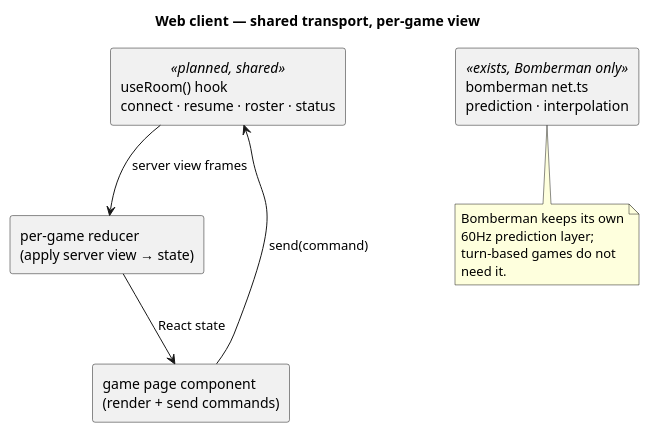
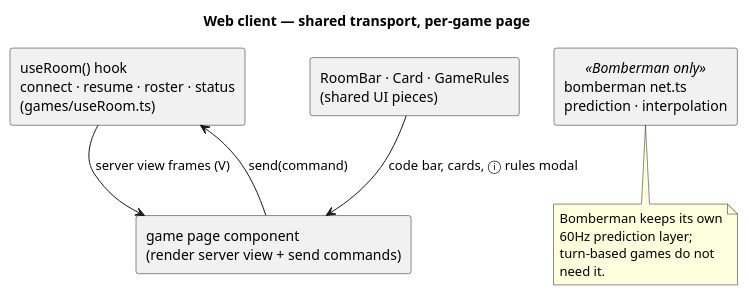
Before and after one commit to Niklasvdm/TotemAppIT: the fifth of 5 diagrams in docs/games-architecture.md, drawn with PlantUML. The commit also changed other lines of this file and 28 other files, not shown here.

````diff
--- a/docs/games-architecture.md
+++ b/docs/games-architecture.md
@@ -246,18 +394,18 @@
 ```plantuml
 @startuml client-structure
-title Web client — shared transport, per-game view
+title Web client — shared transport, per-game page
 skinparam shadowing false
 skinparam componentStyle rectangle
 
-[useRoom() hook\nconnect · resume · roster · status] as hook <<planned, shared>>
-[per-game reducer\n(apply server view → state)] as reducer
-[game page component\n(render + send commands)] as page
+[useRoom() hook\nconnect · resume · roster · status\n(games/useRoom.ts)] as hook
+[game page component\n(render server view + send commands)] as page
+[RoomBar · Card · GameRules\n(shared UI pieces)] as ui
 
-[bomberman net.ts\nprediction · interpolation] as bomb <<exists, Bomberman only>>
+[bomberman net.ts\nprediction · interpolation] as bomb <<Bomberman only>>
 
-hook --> reducer : server view frames
-reducer --> page : React state
+hook --> page : server view frames (V)
 page --> hook : send(command)
+ui --> page : code bar, cards, ⓘ rules modal
 note bottom of bomb : Bomberman keeps its own\n60Hz prediction layer;\nturn-based games do not\nneed it.
 @enduml
 ```
````
